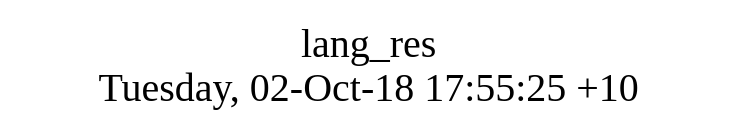
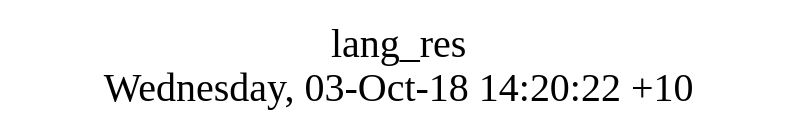
Before and after one commit to AplaProject/apps: the diagram in src/lang_res/struct.dot, drawn with Graphviz. The commit also changed 16 other files, not shown here.

```diff
--- a/src/lang_res/struct.dot
+++ b/src/lang_res/struct.dot
@@ -1,8 +1,8 @@
 digraph G {
 fontsize="24";
-label="lang_res\nTuesday, 02-Oct-18 17:55:25 +10";
+label="lang_res\nWednesday, 03-Oct-18 14:20:22 +10";
 nojustify=true;
 ordering=out;
 rankdir=LR;
 size="30";
 }
```
